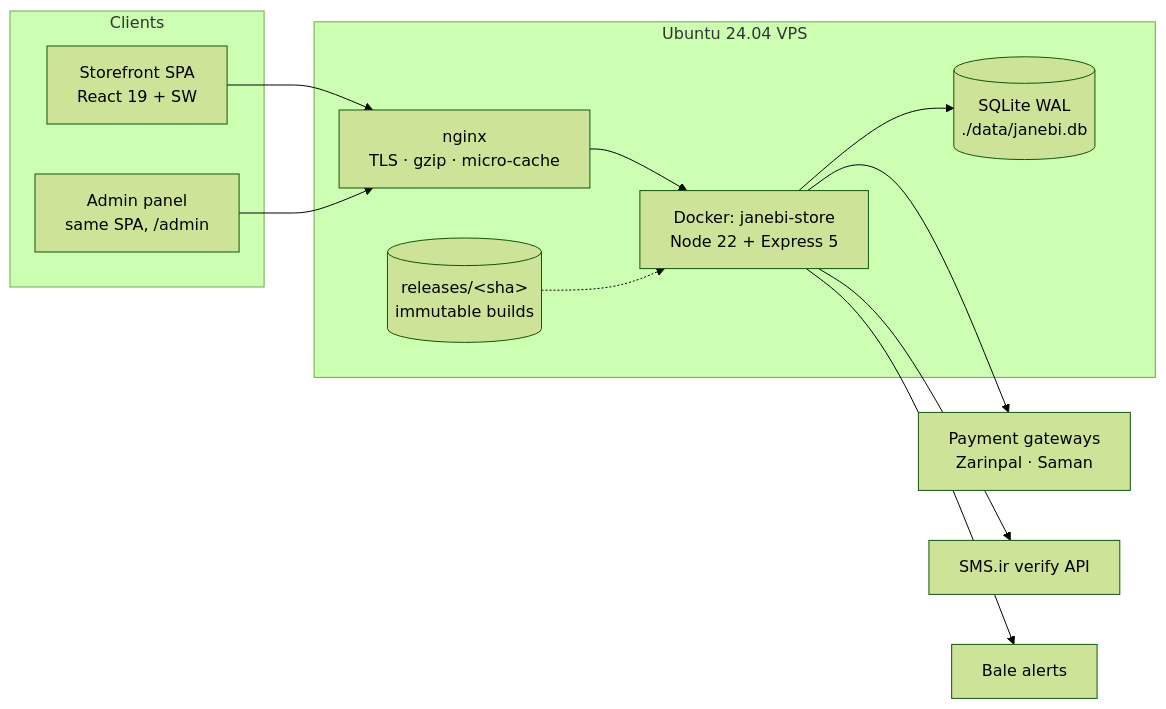
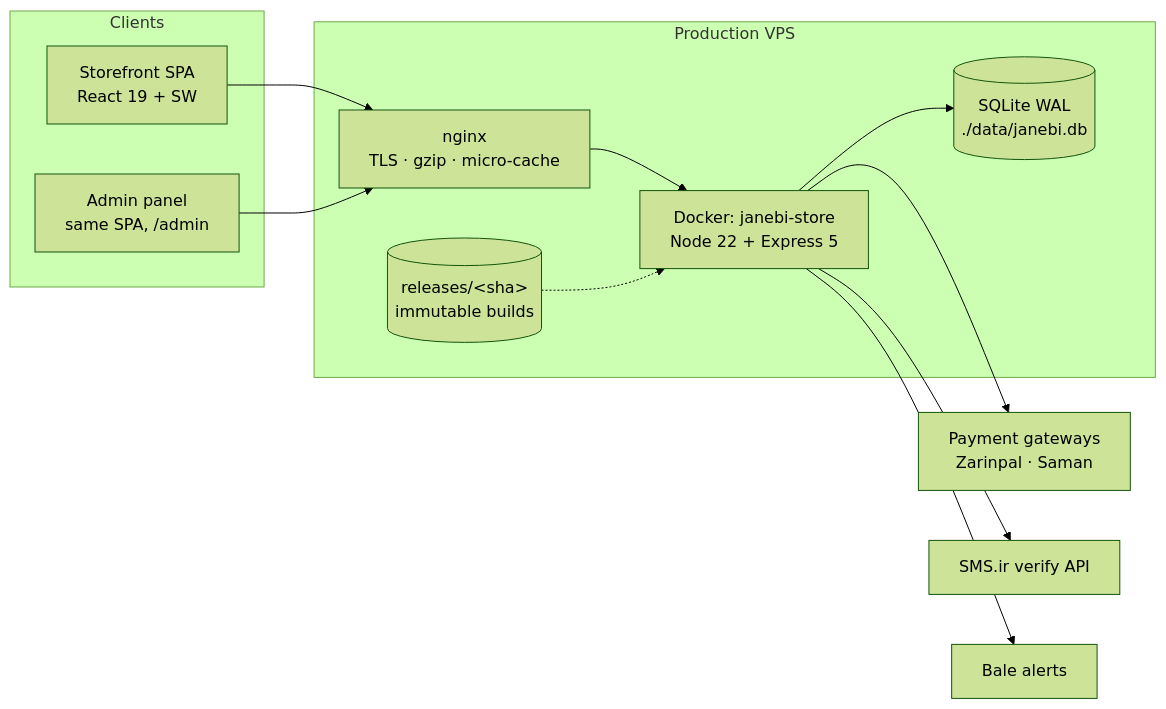
One commit to MrRooobooot/Janebi-Store changed the first of 6 diagrams in docs/reference/ARCHITECTURE.md. Above: the diagram before and after it, drawn with Mermaid (forest theme). The commit also changed other lines of this file and 46 other files, not shown here.

````diff
--- a/docs/reference/ARCHITECTURE.md
+++ b/docs/reference/ARCHITECTURE.md
@@ -10,25 +12,25 @@
 ```mermaid
 flowchart LR
     subgraph Clients
       SB[Storefront SPA<br/>React 19 + SW]
       AD[Admin panel<br/>same SPA, /admin]
     end
-    subgraph VPS[Ubuntu 24.04 VPS]
+    subgraph VPS[Production VPS]
       NG[nginx<br/>TLS · gzip · micro-cache]
       APP[Docker: janebi-store<br/>Node 22 + Express 5]
       DB[(SQLite WAL<br/>./data/janebi.db)]
       REL[(releases/&lt;sha&gt;<br/>immutable builds)]
     end
     GW[Payment gateways<br/>Zarinpal · Saman]
     SMS[SMS.ir verify API]
     BALE[Bale alerts]
 
     SB --> NG
     AD --> NG
     NG --> APP
     APP --> DB
     APP --> GW
     APP --> SMS
     APP --> BALE
     REL -.-> APP
 ```
````
